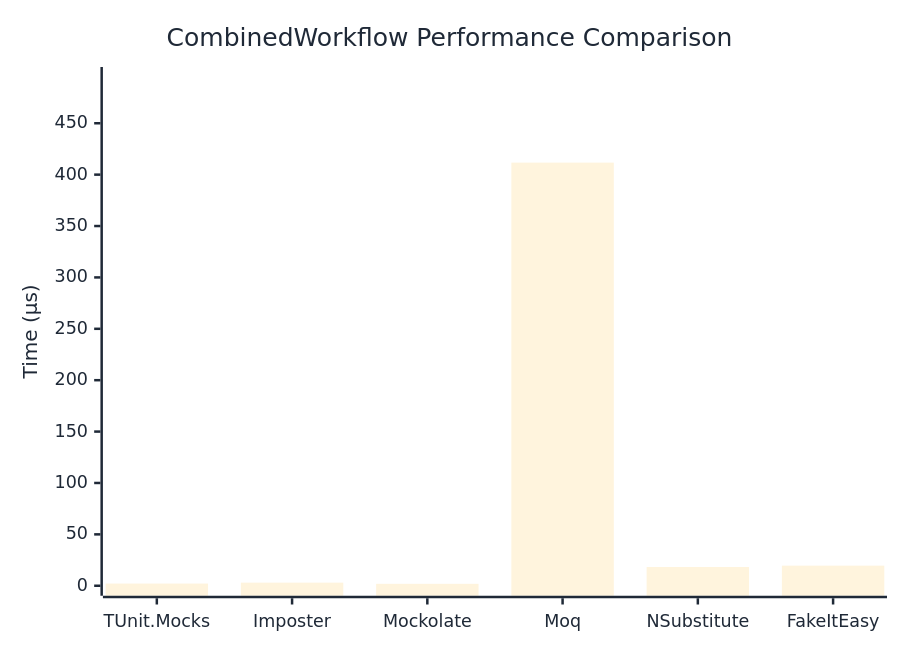
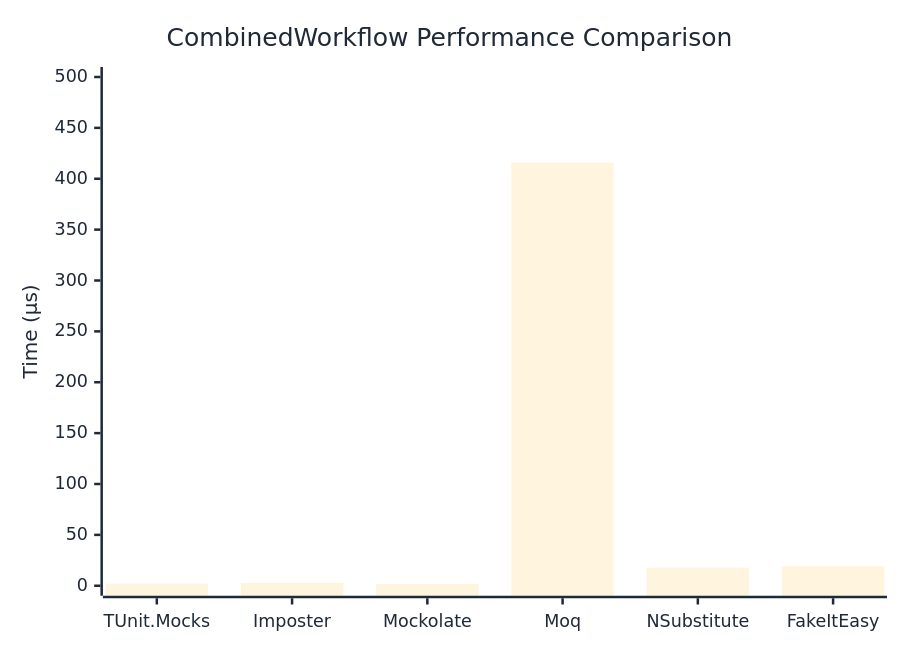
The diagram in docs/docs/benchmarks/mocks/CombinedWorkflow.md (thomhurst/TUnit), drawn with Mermaid before and after one commit. The commit also changed other lines of this file and 14 other files, not shown here.

````diff
--- a/docs/docs/benchmarks/mocks/CombinedWorkflow.md
+++ b/docs/docs/benchmarks/mocks/CombinedWorkflow.md
@@ -30,27 +30,27 @@
 ```mermaid
 %%{init: {
   'theme':'base',
   'themeVariables': {
     'primaryColor': '#2563eb',
     'primaryTextColor': '#1f2937',
     'primaryBorderColor': '#1e40af',
     'lineColor': '#6b7280',
     'secondaryColor': '#7c3aed',
     'tertiaryColor': '#dc2626',
     'background': '#ffffff',
     'pie1': '#2563eb',
     'pie2': '#7c3aed',
     'pie3': '#dc2626',
     'pie4': '#f59e0b',
     'pie5': '#10b981',
     'pie6': '#06b6d4',
     'pie7': '#ec4899',
     'pie8': '#6366f1'
   }
 }}%%
 xychart-beta
   title "CombinedWorkflow Performance Comparison"
   x-axis ["TUnit.Mocks", "Imposter", "Mockolate", "Moq", "NSubstitute", "FakeItEasy"]
-  y-axis "Time (μs)" 0 --> 495
-  bar [2.119, 3.022, 1.865, 411.688, 18.22, 19.56]
+  y-axis "Time (μs)" 0 --> 500
+  bar [1.974, 2.916, 1.841, 415.95, 17.697, 19.178]
 ```
````
